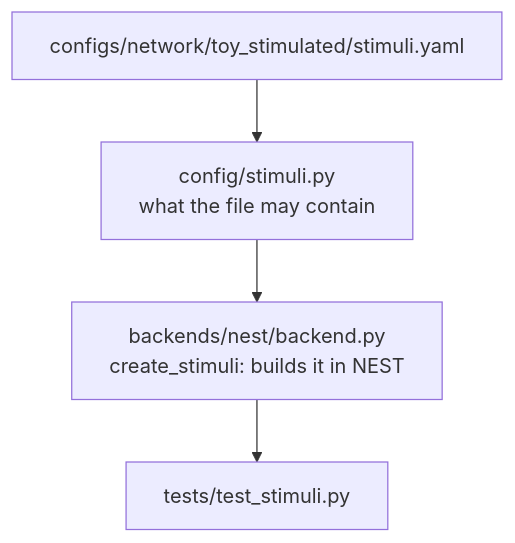
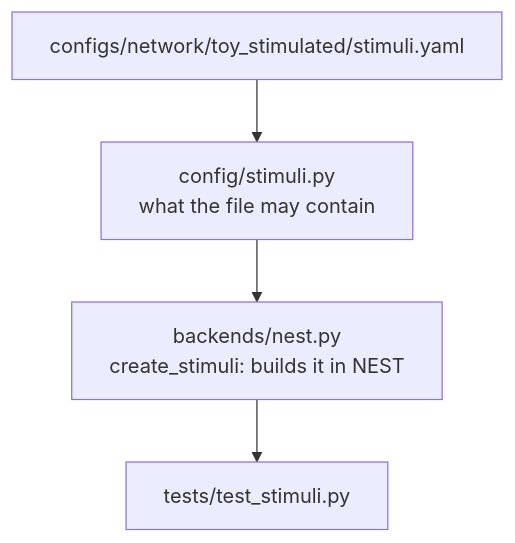
One commit to shimoura/microcircuit-lab changed the first of 2 diagrams in CONTRIBUTING.md. Above: the diagram before and after it, drawn with Mermaid. The commit also changed other lines of this file and 59 other files, not shown here.

Commit message:
flat NEST backend files; plainer docstrings; ruff import sorting

````diff
--- a/CONTRIBUTING.md
+++ b/CONTRIBUTING.md
@@ -19,7 +19,7 @@
 ```mermaid
 %%{init: {"flowchart": {"wrappingWidth": 400}}}%%
 flowchart TD
   Y["configs/network/toy_stimulated/stimuli.yaml"] --> C["config/stimuli.py<br/>what the file may contain"]
-  C --> B["backends/nest/backend.py<br/>create_stimuli: builds it in NEST"]
+  C --> B["backends/nest.py<br/>create_stimuli: builds it in NEST"]
   B --> T["tests/test_stimuli.py"]
 ```
````
